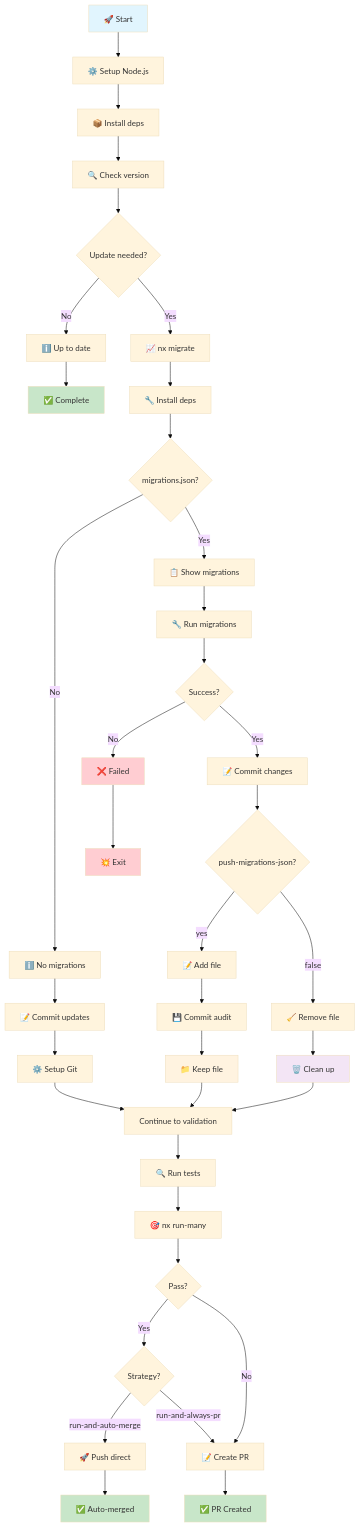
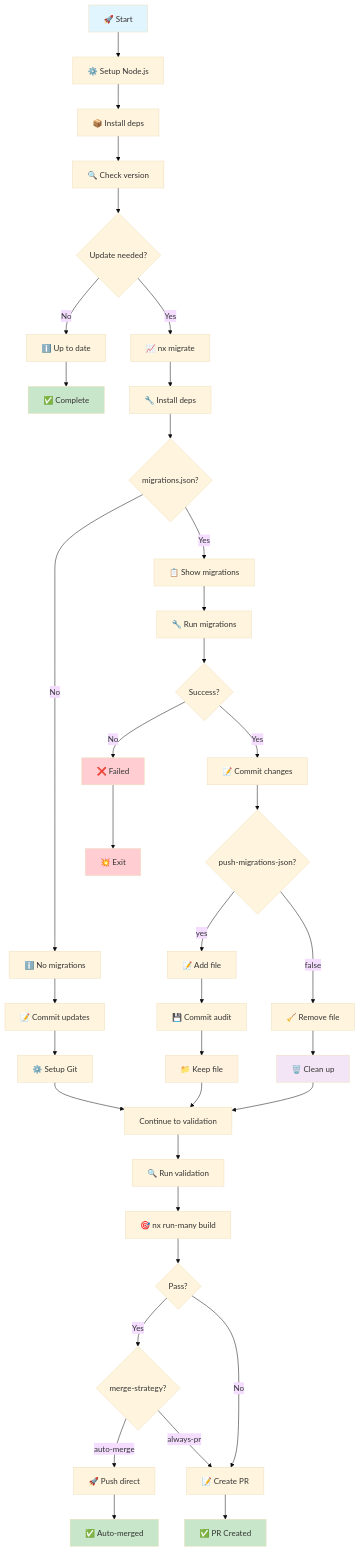
The diagram in docs/migration-flow.md (gridatek/nx-migrate-action), drawn with Mermaid (base theme) before and after one commit. The commit also changed other lines of this file and 2 other files, not shown here.

````diff
--- a/docs/migration-flow.md
+++ b/docs/migration-flow.md
@@ -7,60 +7,60 @@
 ```mermaid
 flowchart TD
     A[🚀 Start] --> B[⚙️ Setup Node.js]
     B --> C[📦 Install deps]
     C --> D[🔍 Check version]
     D --> E{Update needed?}
 
     E -->|No| F[ℹ️ Up to date]
     F --> G[✅ Complete]
 
     E -->|Yes| H[📈 nx migrate]
     H --> I[🔧 Install deps]
     I --> J{migrations.json?}
 
     J -->|No| K[ℹ️ No migrations]
     K --> L[📝 Commit updates]
     L --> M[⚙️ Setup Git]
     M --> N[Continue to validation]
 
     J -->|Yes| O[📋 Show migrations]
     O --> P[🔧 Run migrations]
     P --> Q{Success?}
 
     Q -->|No| R[❌ Failed]
     R --> S[💥 Exit]
 
     Q -->|Yes| T[📝 Commit changes]
     T --> U{push-migrations-json?}
 
     U -->|yes| V[📝 Add file]
     V --> W[💾 Commit audit]
     W --> X[📁 Keep file]
     X --> N
 
     U -->|false| Y[🧹 Remove file]
     Y --> Z[🗑️ Clean up]
     Z --> N
 
-    N --> AA[🔍 Run tests]
-    AA --> AB[🎯 nx run-many]
+    N --> AA[🔍 Run validation]
+    AA --> AB[🎯 nx run-many build]
     AB --> AC{Pass?}
 
-    AC -->|Yes| AD{Strategy?}
-    AD -->|run-and-auto-merge| AE[🚀 Push direct]
-    AD -->|run-and-always-pr| AF[📝 Create PR]
+    AC -->|Yes| AD{merge-strategy?}
+    AD -->|auto-merge| AE[🚀 Push direct]
+    AD -->|always-pr| AF[📝 Create PR]
 
     AC -->|No| AF
 
-    AE --> AI[✅ Auto-merged]
-    AF --> AJ[✅ PR Created]
+    AE --> AG[✅ Auto-merged]
+    AF --> AH[✅ PR Created]
 
     style A fill:#e1f5fe
     style G fill:#c8e6c9
-    style AI fill:#c8e6c9
-    style AJ fill:#c8e6c9
+    style AG fill:#c8e6c9
+    style AH fill:#c8e6c9
     style S fill:#ffcdd2
     style R fill:#ffcdd2
     style X fill:#fff3e0
     style Z fill:#f3e5f5
 ```
````
